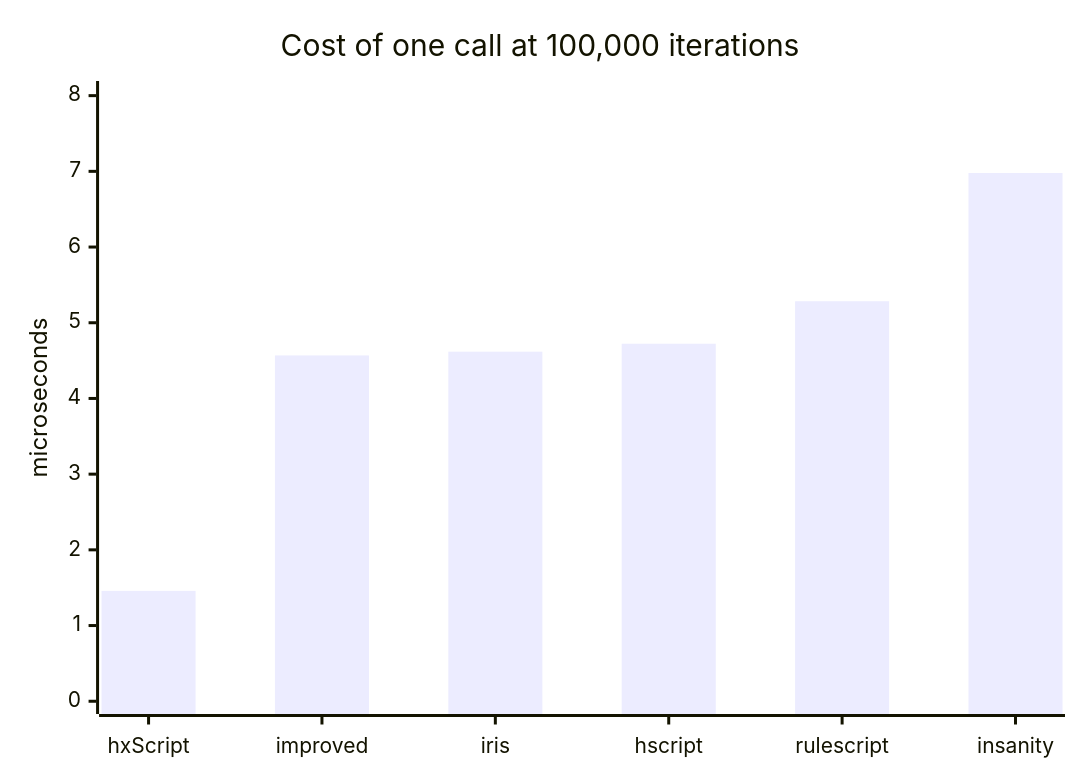
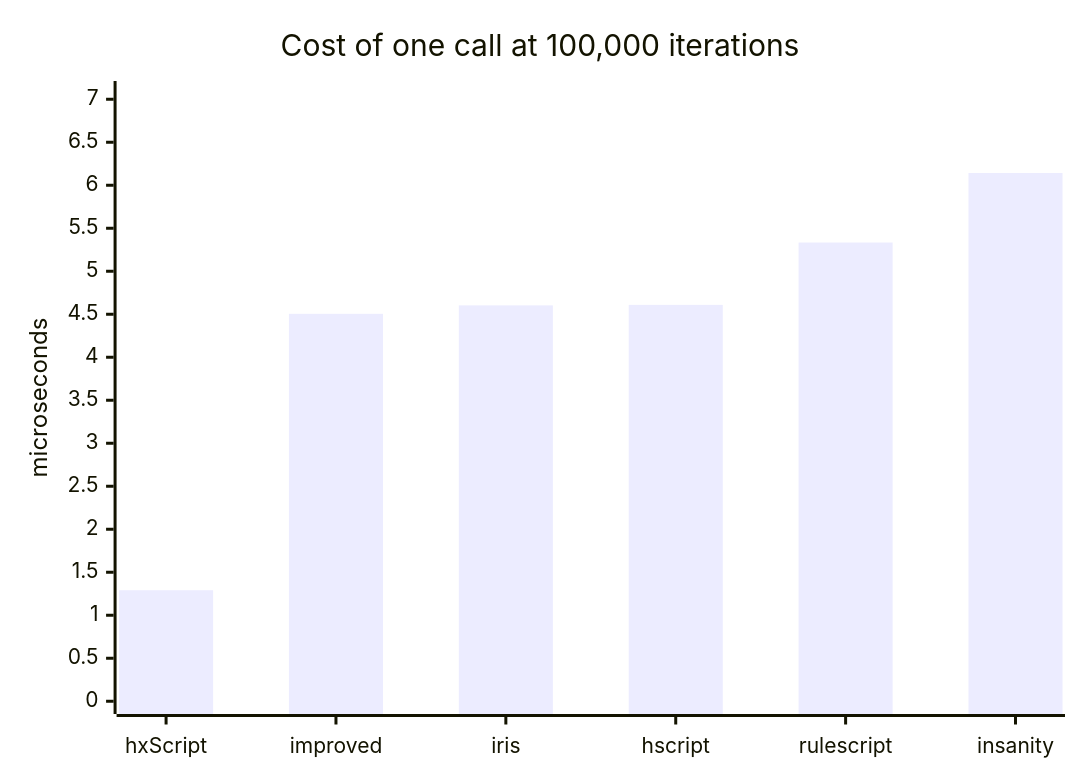
Before and after one commit to MeguminBOT/hxscript: the second of 2 diagrams in docs/benchmarks.md, drawn with Mermaid. The commit also changed other lines of this file and 4 other files, not shown here.

````diff
--- a/docs/benchmarks.md
+++ b/docs/benchmarks.md
@@ -211,7 +216,7 @@
 ```mermaid
 xychart-beta
     title "Cost of one call at 100,000 iterations"
     x-axis ["hxScript", "improved", "iris", "hscript", "rulescript", "insanity"]
-    y-axis "microseconds" 0 --> 8.025
-    bar [1.458, 4.568, 4.618, 4.723, 5.284, 6.978]
+    y-axis "microseconds" 0 --> 7.064
+    bar [1.291, 4.505, 4.603, 4.609, 5.334, 6.143]
 ```
````
